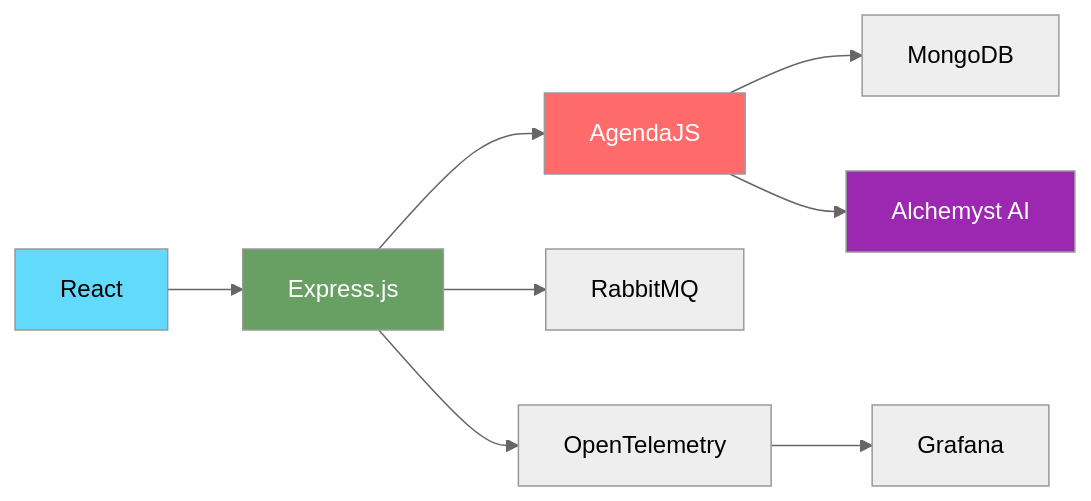
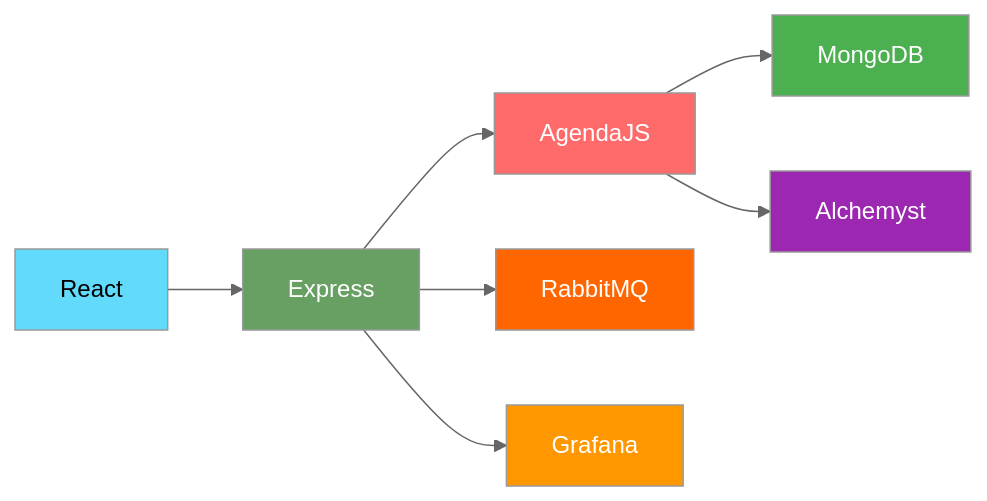
Before and after one commit to Ayash-Bera/alchem-pt: the second of 2 diagrams in README.md, drawn with Mermaid (neutral theme). The commit also changed other lines of this file, not shown here.

````diff
--- a/README.md
+++ b/README.md
@@ -84,15 +69,17 @@
 ```mermaid
-graph LR
-    A[React] --> B[Express.js]
-    B --> C[AgendaJS]
-    B --> D[RabbitMQ]
-    C --> E[MongoDB]
-    B --> F[OpenTelemetry]
-    F --> G[Grafana]
-    C --> H[Alchemyst AI]
+flowchart LR
+    React --> Express
+    Express --> AgendaJS
+    Express --> RabbitMQ
+    AgendaJS --> MongoDB
+    Express --> Grafana
+    AgendaJS --> Alchemyst
     
-    style A fill:#61dafb,color:#000
-    style B fill:#68a063,color:#fff
-    style C fill:#ff6b6b,color:#fff
-    style H fill:#9c27b0,color:#fff
+    style React fill:#61dafb,color:#000
+    style Express fill:#68a063,color:#fff
+    style AgendaJS fill:#ff6b6b,color:#fff
+    style RabbitMQ fill:#ff6600,color:#fff
+    style MongoDB fill:#4caf50,color:#fff
+    style Grafana fill:#ff9800,color:#fff
+    style Alchemyst fill:#9c27b0,color:#fff
 ```
````
